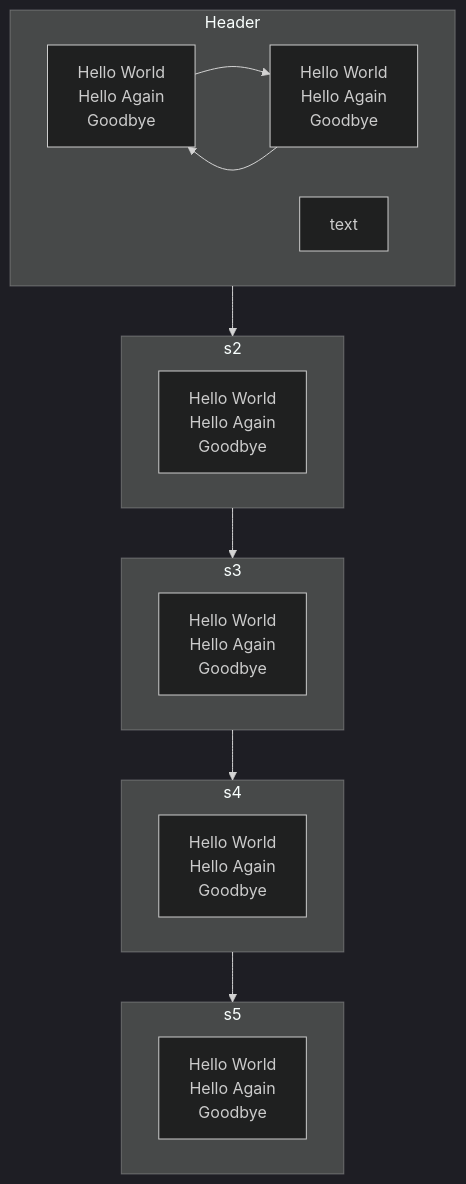
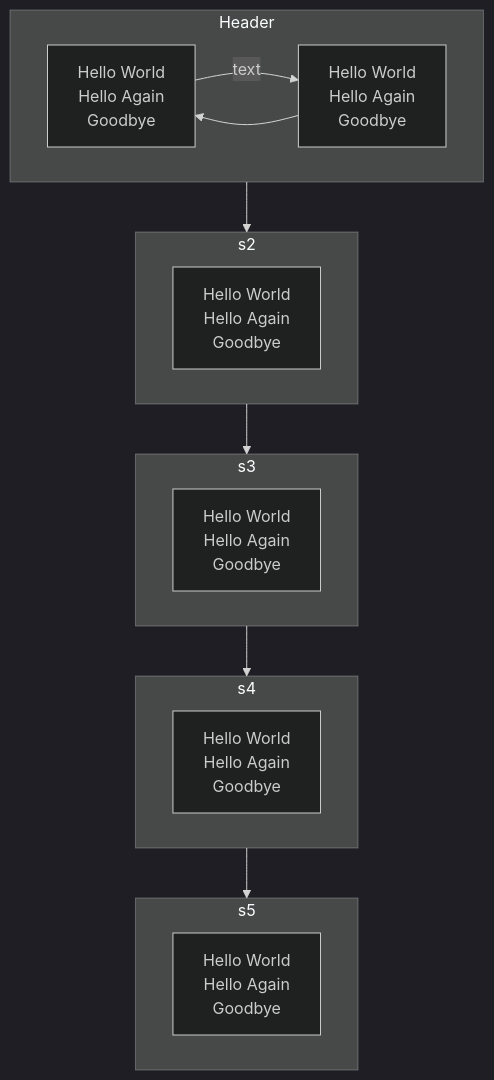
Before and after one commit to Alex-Rafter/wiki: the diagram in daily/2023-05-13.md, drawn with Mermaid (dark theme).

````diff
--- a/daily/2023-05-13.md
+++ b/daily/2023-05-13.md
@@ -5,63 +5,62 @@
 ```mermaid
 
 flowchart TD
 s1 --> s2
 s2 --> s3
 s3 --> s4
 s4 --> s5
 
 subgraph s1["Header"]
 
 direction LR
 
 s1Problems["
     Hello World
     Hello Again
     Goodbye
     "]
 
 s1DesProblems["
     Hello World
     Hello Again
     Goodbye
 "]
 
-s1Problems --> s1DesProblems
-text
+s1Problems -- text --> s1DesProblems
 s1DesProblems --> s1Problems
 
 end
 
 subgraph s2
 s2Problems["
     Hello World
     Hello Again
     Goodbye
     "]
 end
 
 subgraph s3
 s3Problems["
     Hello World
     Hello Again
     Goodbye
     "]
 end
 
 subgraph s4
 s4Problems["
     Hello World
     Hello Again
     Goodbye
     "]
 end
 
 subgraph s5
 s5Problems["
     Hello World
     Hello Again
     Goodbye
     "]
 end
 
 ```
````
